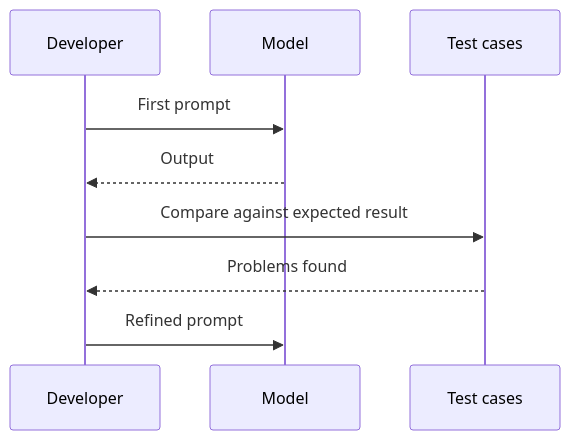
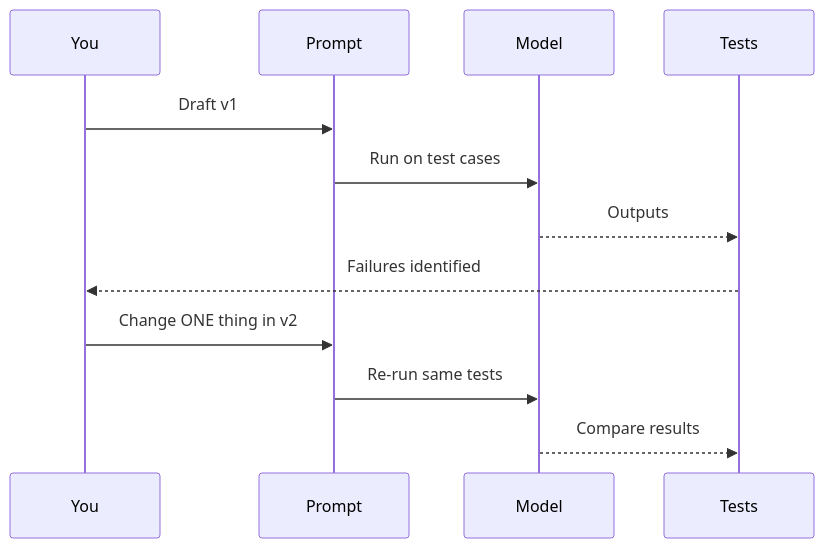
The third of 12 diagrams in day_04/day_04_prompt_engineering_fundamentals.md (Asabeneh/30-Days-Of-AI-Engineering), drawn with Mermaid before and after one commit. The commit also changed other lines of this file and 49 other files, not shown here.

````diff
--- a/day_04/day_04_prompt_engineering_fundamentals.md
+++ b/day_04/day_04_prompt_engineering_fundamentals.md
@@ -144,12 +196,15 @@
 ```mermaid
 sequenceDiagram
-        participant D as Developer
-        participant M as Model
-        participant T as Test cases
+    participant You
+    participant Prompt
+    participant Model
+    participant Tests
 
-        D->>M: First prompt
-        M-->>D: Output
-        D->>T: Compare against expected result
-        T-->>D: Problems found
-        D->>M: Refined prompt
+    You->>Prompt: Draft v1
+    Prompt->>Model: Run on test cases
+    Model-->>Tests: Outputs
+    Tests-->>You: Failures identified
+    You->>Prompt: Change ONE thing in v2
+    Prompt->>Model: Re-run same tests
+    Model-->>Tests: Compare results
 ```
````
